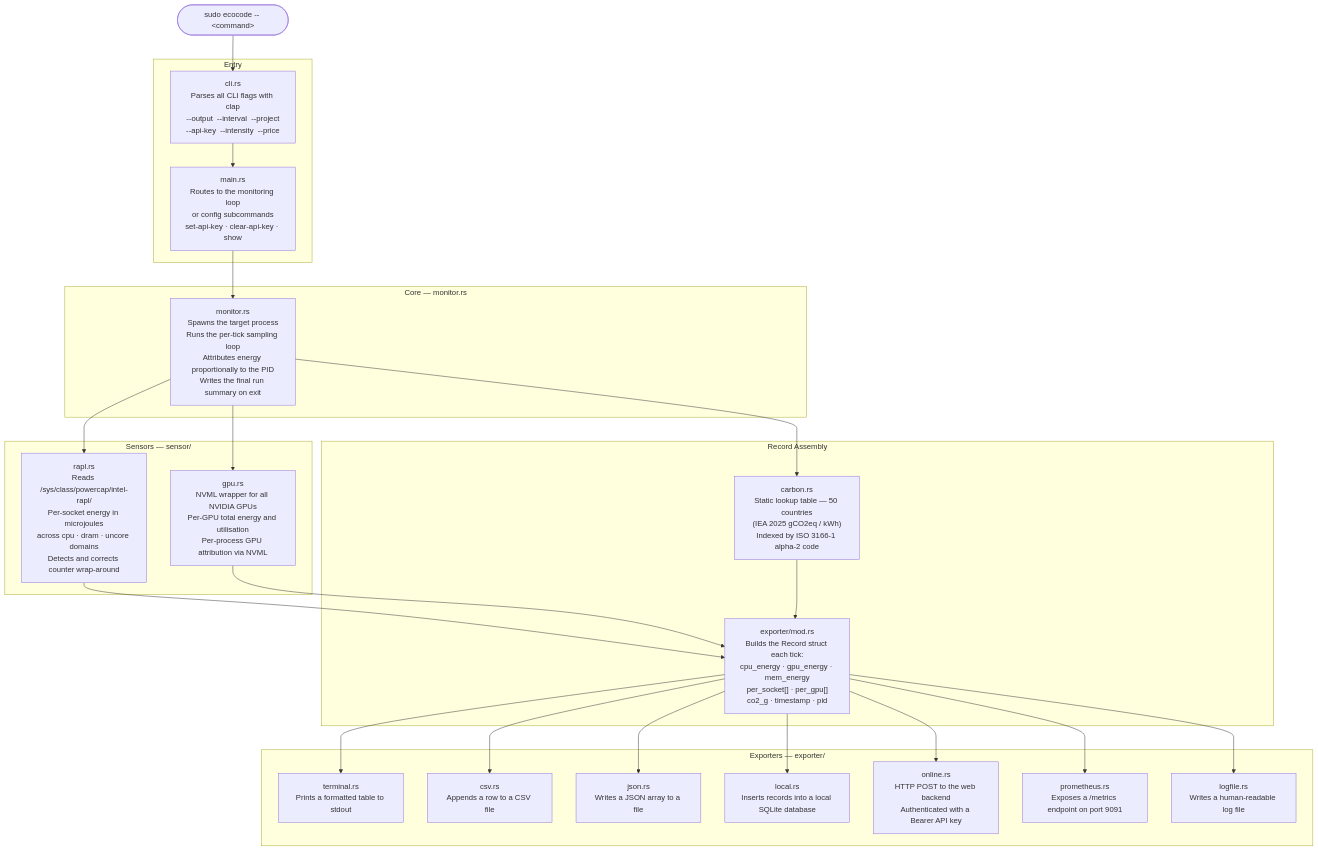
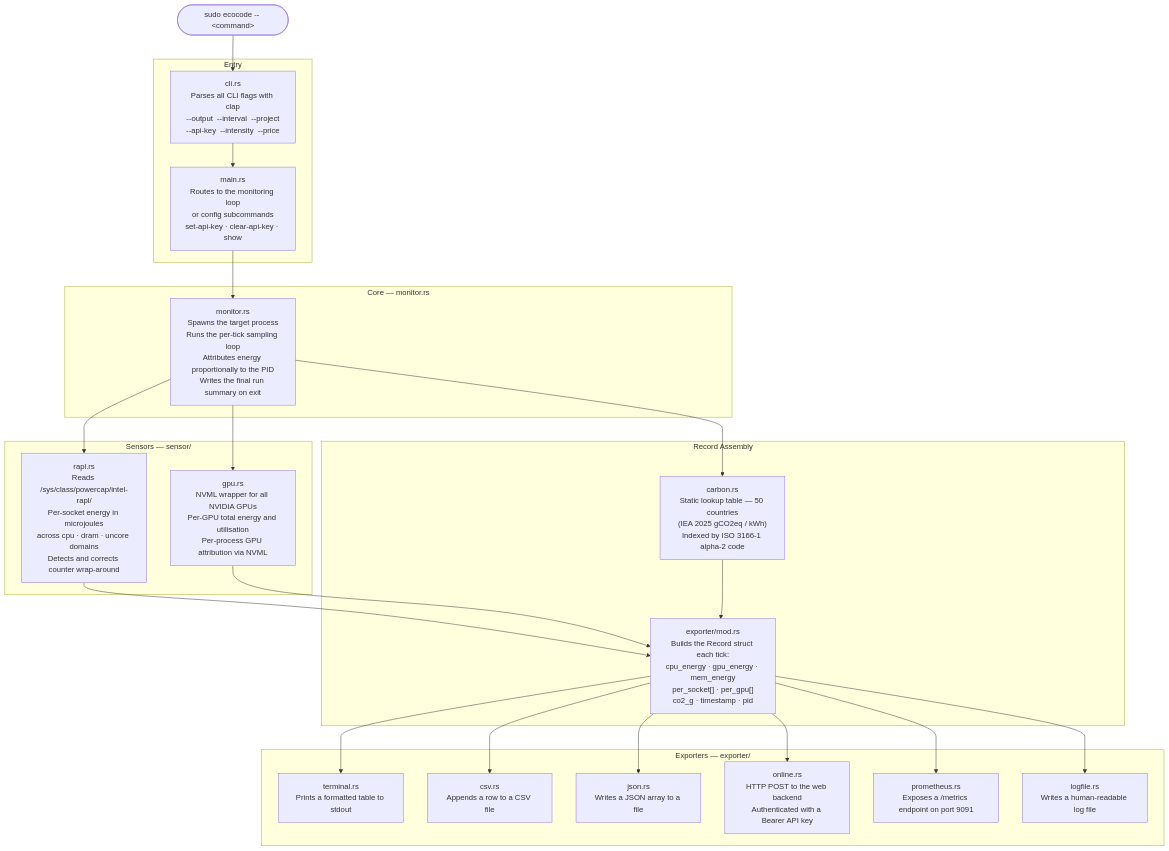
The diagram in ARCHITECTURE.md (uri-airi-lab/EcoCode), drawn with Mermaid before and after one commit. The commit also changed other lines of this file and 38 other files, not shown here.

````diff
--- a/ARCHITECTURE.md
+++ b/ARCHITECTURE.md
@@ -3,39 +3,38 @@
 ```mermaid
 flowchart TD
     User(["sudo ecocode -- &lt;command&gt;"])
 
     subgraph Entry["Entry"]
         cli["cli.rs\nParses all CLI flags with clap\n--output  --interval  --project\n--api-key  --intensity  --price"]
         main["main.rs\nRoutes to the monitoring loop\nor config subcommands\nset-api-key · clear-api-key · show"]
     end
 
     subgraph Core["Core — monitor.rs"]
         monitor["monitor.rs\nSpawns the target process\nRuns the per-tick sampling loop\nAttributes energy proportionally to the PID\nWrites the final run summary on exit"]
     end
 
     subgraph Sensors["Sensors — sensor/"]
         rapl["rapl.rs\nReads /sys/class/powercap/intel-rapl/\nPer-socket energy in microjoules\nacross cpu · dram · uncore domains\nDetects and corrects counter wrap-around"]
         gpu["gpu.rs\nNVML wrapper for all NVIDIA GPUs\nPer-GPU total energy and utilisation\nPer-process GPU attribution via NVML"]
     end
 
     subgraph RecordEngine["Record Assembly"]
         carbon["carbon.rs\nStatic lookup table — 50 countries\n(IEA 2025 gCO2eq / kWh)\nIndexed by ISO 3166-1 alpha-2 code"]
         exp_mod["exporter/mod.rs\nBuilds the Record struct each tick:\ncpu_energy · gpu_energy · mem_energy\nper_socket[] · per_gpu[]\nco2_g · timestamp · pid"]
     end
 
     subgraph Exporters["Exporters — exporter/"]
         exp_t["terminal.rs\nPrints a formatted table to stdout"]
         exp_c["csv.rs\nAppends a row to a CSV file"]
         exp_j["json.rs\nWrites a JSON array to a file"]
-        exp_l["local.rs\nInserts records into a local SQLite database"]
         exp_o["online.rs\nHTTP POST to the web backend\nAuthenticated with a Bearer API key"]
         exp_p["prometheus.rs\nExposes a /metrics endpoint on port 9091"]
         exp_f["logfile.rs\nWrites a human-readable log file"]
     end
 
     User --> cli --> main --> monitor
     monitor --> rapl & gpu
     rapl & gpu --> exp_mod
     monitor --> carbon --> exp_mod
-    exp_mod --> exp_t & exp_c & exp_j & exp_l & exp_o & exp_p & exp_f
+    exp_mod --> exp_t & exp_c & exp_j & exp_o & exp_p & exp_f
 ```
````
